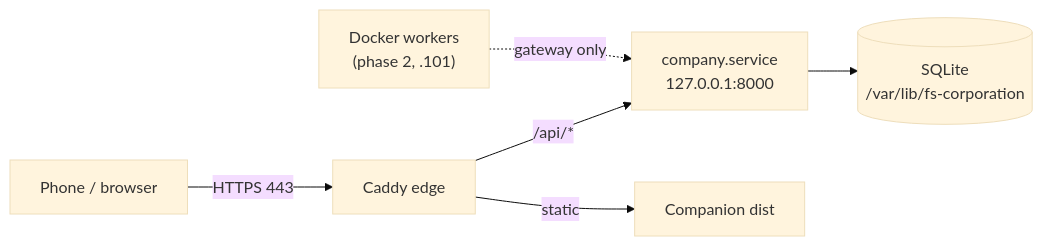
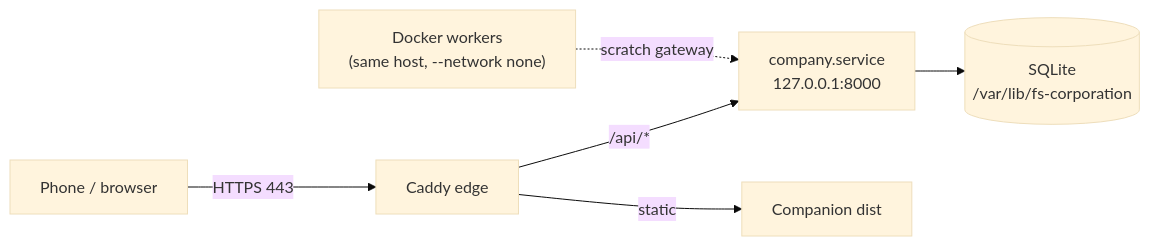
The diagram in docs/25-fs-dev-deployment.md (athompson36/fs-corporation), drawn with Mermaid (base theme) before and after one commit. The commit also changed other lines of this file and 26 other files, not shown here.

````diff
--- a/docs/25-fs-dev-deployment.md
+++ b/docs/25-fs-dev-deployment.md
@@ -9,8 +9,8 @@
 ```mermaid
 flowchart LR
   Phone["Phone / browser"] -->|HTTPS 443| Caddy["Caddy edge"]
   Caddy -->|"/api/*"| API["company.service\n127.0.0.1:8000"]
   Caddy -->|static| PWA["Companion dist"]
   API --> DB[("SQLite\n/var/lib/fs-corporation")]
-  Workers["Docker workers\n(phase 2, .101)"] -.->|gateway only| API
+  Workers["Docker workers\n(same host, --network none)"] -.->|scratch gateway| API
 ```
````
